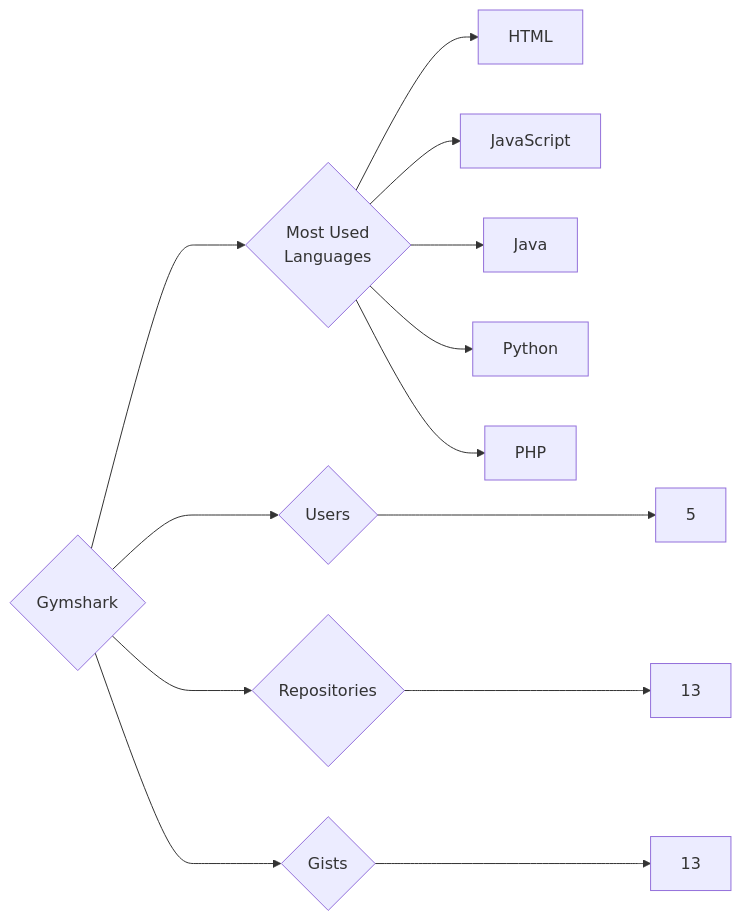
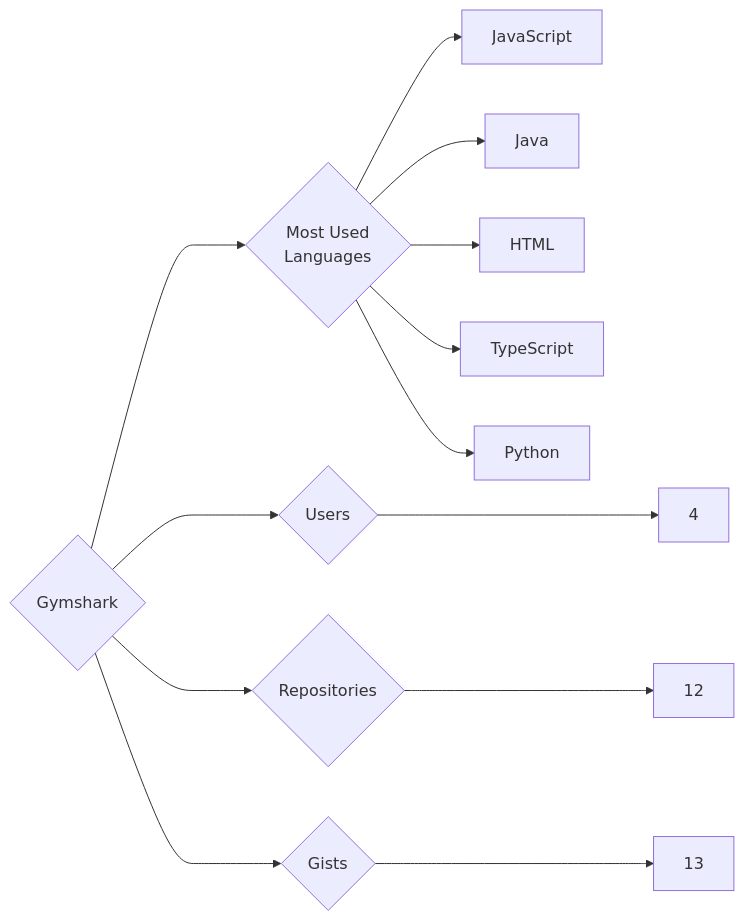
One commit to trickest/insiders changed the diagram in targets/Gymshark/README.md. Above: the diagram before and after it, drawn with Mermaid. The commit also changed 985 other files, not shown here.

````diff
--- a/targets/Gymshark/README.md
+++ b/targets/Gymshark/README.md
@@ -3,13 +3,13 @@
 ```mermaid
 graph LR
 COMPANY_NAME{Gymshark}
-COMPANY_NAME ---> U{Users} ---> UN[5]
-COMPANY_NAME ---> R{Repositories} ---> RN[13]
+COMPANY_NAME ---> U{Users} ---> UN[4]
+COMPANY_NAME ---> R{Repositories} ---> RN[12]
 COMPANY_NAME ---> G{Gists} ---> GN[13]
 COMPANY_NAME ---> ML{Most Used<br>Languages}
-ML --> HTML[HTML]
 ML --> JavaScript[JavaScript]
 ML --> Java[Java]
+ML --> HTML[HTML]
+ML --> TypeScript[TypeScript]
 ML --> Python[Python]
-ML --> PHP[PHP]
 ```
````
